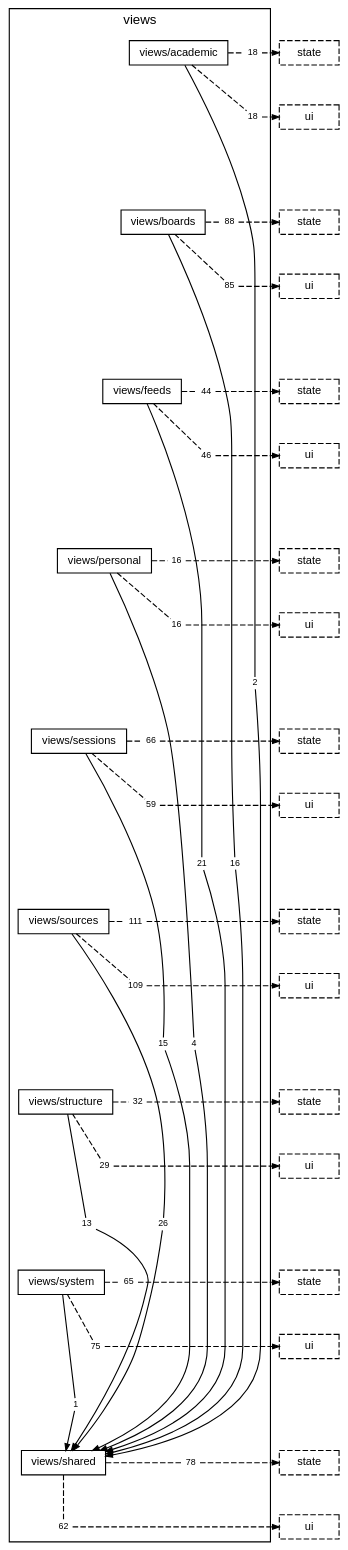
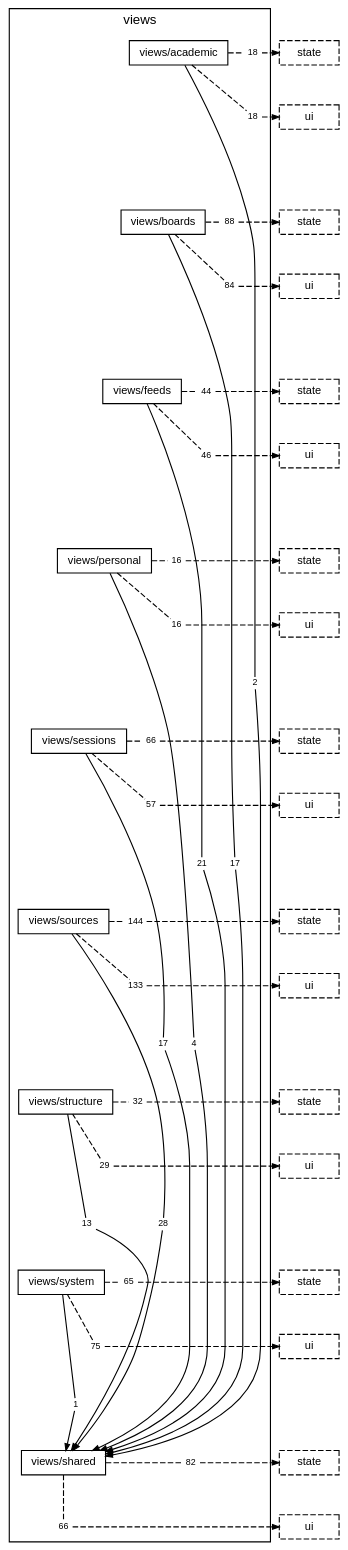
The diagram in docs/diagrams/layer-views.dot (TheAxeC/oculus), drawn with Graphviz before and after one commit. The commit also changed 156 other files, not shown here.

```diff
--- a/docs/diagrams/layer-views.dot
+++ b/docs/diagrams/layer-views.dot
@@ -16,29 +16,29 @@
         "folder views/academic to folder views/shared" [label="2", shape=box, color="transparent", fontsize=8, width=0, height=0, margin="0.04,0.02"];
         "folder views/academic to layer state" [label="18", shape=box, color="transparent", fontsize=8, width=0, height=0, margin="0.04,0.02"];
         "folder views/academic to layer ui" [label="18", shape=box, color="transparent", fontsize=8, width=0, height=0, margin="0.04,0.02"];
-        "folder views/boards to folder views/shared" [label="16", shape=box, color="transparent", fontsize=8, width=0, height=0, margin="0.04,0.02"];
+        "folder views/boards to folder views/shared" [label="17", shape=box, color="transparent", fontsize=8, width=0, height=0, margin="0.04,0.02"];
         "folder views/boards to layer state" [label="88", shape=box, color="transparent", fontsize=8, width=0, height=0, margin="0.04,0.02"];
-        "folder views/boards to layer ui" [label="85", shape=box, color="transparent", fontsize=8, width=0, height=0, margin="0.04,0.02"];
+        "folder views/boards to layer ui" [label="84", shape=box, color="transparent", fontsize=8, width=0, height=0, margin="0.04,0.02"];
         "folder views/feeds to folder views/shared" [label="21", shape=box, color="transparent", fontsize=8, width=0, height=0, margin="0.04,0.02"];
         "folder views/feeds to layer state" [label="44", shape=box, color="transparent", fontsize=8, width=0, height=0, margin="0.04,0.02"];
         "folder views/feeds to layer ui" [label="46", shape=box, color="transparent", fontsize=8, width=0, height=0, margin="0.04,0.02"];
         "folder views/personal to folder views/shared" [label="4", shape=box, color="transparent", fontsize=8, width=0, height=0, margin="0.04,0.02"];
         "folder views/personal to layer state" [label="16", shape=box, color="transparent", fontsize=8, width=0, height=0, margin="0.04,0.02"];
         "folder views/personal to layer ui" [label="16", shape=box, color="transparent", fontsize=8, width=0, height=0, margin="0.04,0.02"];
-        "folder views/sessions to folder views/shared" [label="15", shape=box, color="transparent", fontsize=8, width=0, height=0, margin="0.04,0.02"];
+        "folder views/sessions to folder views/shared" [label="17", shape=box, color="transparent", fontsize=8, width=0, height=0, margin="0.04,0.02"];
         "folder views/sessions to layer state" [label="66", shape=box, color="transparent", fontsize=8, width=0, height=0, margin="0.04,0.02"];
-        "folder views/sessions to layer ui" [label="59", shape=box, color="transparent", fontsize=8, width=0, height=0, margin="0.04,0.02"];
-        "folder views/sources to folder views/shared" [label="26", shape=box, color="transparent", fontsize=8, width=0, height=0, margin="0.04,0.02"];
-        "folder views/sources to layer state" [label="111", shape=box, color="transparent", fontsize=8, width=0, height=0, margin="0.04,0.02"];
-        "folder views/sources to layer ui" [label="109", shape=box, color="transparent", fontsize=8, width=0, height=0, margin="0.04,0.02"];
+        "folder views/sessions to layer ui" [label="57", shape=box, color="transparent", fontsize=8, width=0, height=0, margin="0.04,0.02"];
+        "folder views/sources to folder views/shared" [label="28", shape=box, color="transparent", fontsize=8, width=0, height=0, margin="0.04,0.02"];
+        "folder views/sources to layer state" [label="144", shape=box, color="transparent", fontsize=8, width=0, height=0, margin="0.04,0.02"];
+        "folder views/sources to layer ui" [label="133", shape=box, color="transparent", fontsize=8, width=0, height=0, margin="0.04,0.02"];
         "folder views/structure to folder views/shared" [label="13", shape=box, color="transparent", fontsize=8, width=0, height=0, margin="0.04,0.02"];
         "folder views/structure to layer state" [label="32", shape=box, color="transparent", fontsize=8, width=0, height=0, margin="0.04,0.02"];
         "folder views/structure to layer ui" [label="29", shape=box, color="transparent", fontsize=8, width=0, height=0, margin="0.04,0.02"];
         "folder views/system to folder views/shared" [label="1", shape=box, color="transparent", fontsize=8, width=0, height=0, margin="0.04,0.02"];
         "folder views/system to layer state" [label="65", shape=box, color="transparent", fontsize=8, width=0, height=0, margin="0.04,0.02"];
         "folder views/system to layer ui" [label="75", shape=box, color="transparent", fontsize=8, width=0, height=0, margin="0.04,0.02"];
-        "folder views/shared to layer state" [label="78", shape=box, color="transparent", fontsize=8, width=0, height=0, margin="0.04,0.02"];
-        "folder views/shared to layer ui" [label="62", shape=box, color="transparent", fontsize=8, width=0, height=0, margin="0.04,0.02"];
+        "folder views/shared to layer state" [label="82", shape=box, color="transparent", fontsize=8, width=0, height=0, margin="0.04,0.02"];
+        "folder views/shared to layer ui" [label="66", shape=box, color="transparent", fontsize=8, width=0, height=0, margin="0.04,0.02"];
     }
     "layer state from folder views/academic" [label="state", style=dashed];
     "layer ui from folder views/academic" [label="ui", style=dashed];
```
